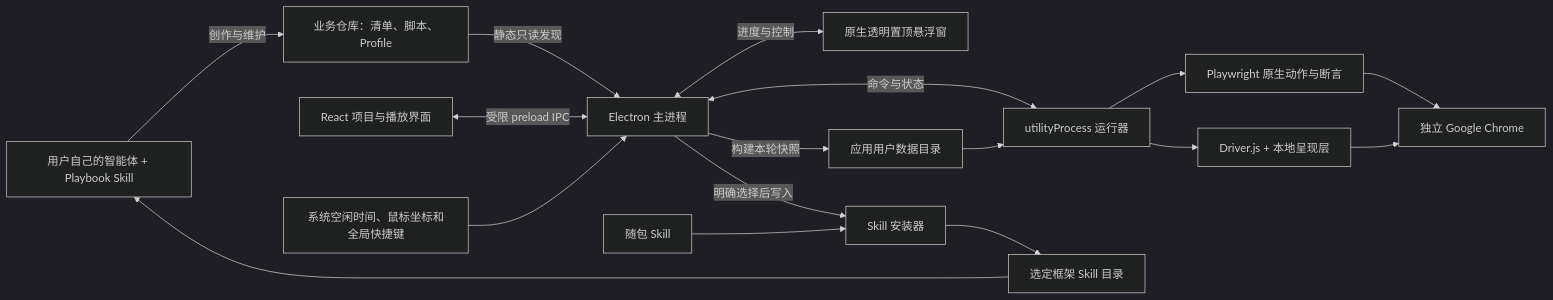
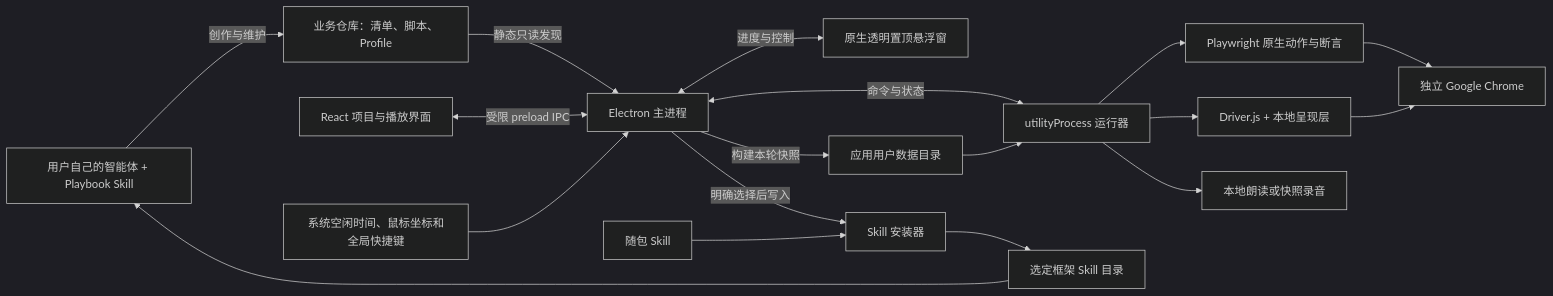
The first of 2 diagrams in docs/architecture.md (jakara/playbook), drawn with Mermaid (dark theme) before and after one commit. The commit also changed other lines of this file and 29 other files, not shown here.

````diff
--- a/docs/architecture.md
+++ b/docs/architecture.md
@@ -7,19 +7,20 @@
 ```mermaid
 flowchart LR
   Agent[用户自己的智能体 + Playbook Skill] -->|创作与维护| Assets[业务仓库：清单、脚本、Profile]
   Assets -->|静态只读发现| Main[Electron 主进程]
   UI[React 项目与播放界面] <-->|受限 preload IPC| Main
   Main <-->|进度与控制| HUD[原生透明置顶悬浮窗]
   Input[系统空闲时间、鼠标坐标和全局快捷键] --> Main
   Main -->|构建本轮快照| Cache[应用用户数据目录]
   Main <-->|命令与状态| Runner[utilityProcess 运行器]
   Cache --> Runner
   Runner --> PW[Playwright 原生动作与断言]
   PW --> Chrome[独立 Google Chrome]
   Runner --> Guide[Driver.js + 本地呈现层]
   Guide --> Chrome
+  Runner --> Audio[本地朗读或快照录音]
   Main -->|明确选择后写入| Installer[Skill 安装器]
   Bundle[随包 Skill] --> Installer
   Installer --> AgentDir[选定框架 Skill 目录]
   AgentDir --> Agent
 ```
````
